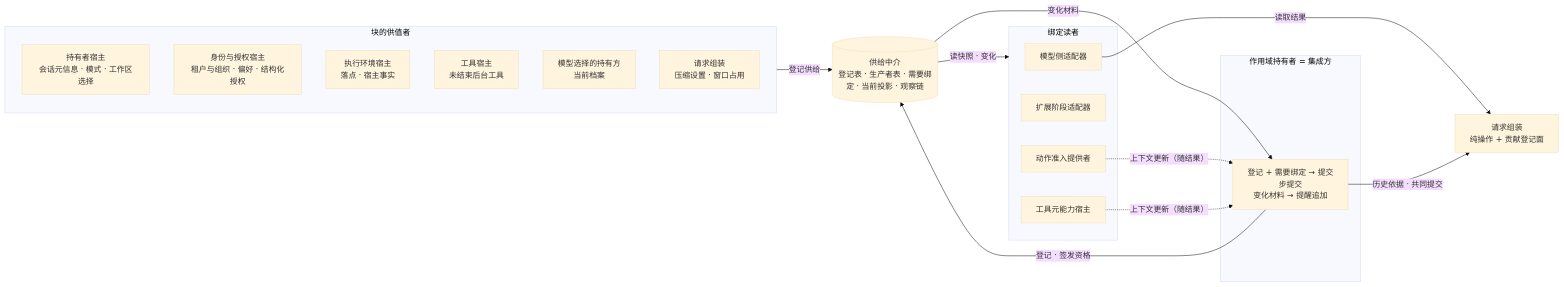
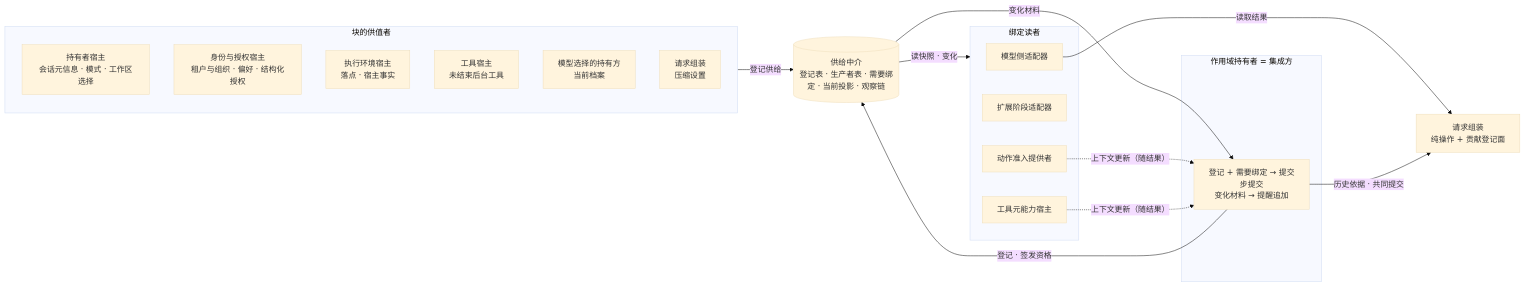
The diagram in docs/domains/runtime-context/architecture.md (nemori-ai/omne-harness-lite), drawn with Mermaid (base theme) before and after one commit. The commit also changed other lines of this file and 22 other files, not shown here.

````diff
--- a/docs/domains/runtime-context/architecture.md
+++ b/docs/domains/runtime-context/architecture.md
@@ -7,30 +7,30 @@
 ```mermaid
 flowchart LR
   subgraph producers[块的供值者]
     SP[持有者宿主<br/>会话元信息 · 模式 · 工作区选择]
     IP[身份与授权宿主<br/>租户与组织 · 偏好 · 结构化授权]
     EP[执行环境宿主<br/>落点 · 宿主事实]
     TP[工具宿主<br/>未结束后台工具]
     MP[模型选择的持有方<br/>当前档案]
-    RP[请求组装<br/>压缩设置 · 窗口占用]
+    RP[请求组装<br/>压缩设置]
   end
   RC[(供给中介<br/>登记表 · 生产者表 · 需要绑定 · 当前投影 · 观察链)]
   subgraph holder[作用域持有者 = 集成方]
     S[登记 + 需要绑定 → 提交<br/>步提交<br/>变化材料 → 提醒追加]
   end
   subgraph readers[绑定读者]
     AM[模型侧适配器]
     AE[扩展阶段适配器]
     AD[动作准入提供者]
     TH[工具元能力宿主]
   end
   RQ[请求组装<br/>纯操作 + 贡献登记面]
   producers -->|登记供给| RC
   S -->|登记 · 签发资格| RC
   RC -->|变化材料| S
   RC -->|读快照 · 变化| readers
   AD -.->|上下文更新（随结果）| S
   TH -.->|上下文更新（随结果）| S
   AM -->|读取结果| RQ
   S -->|历史依据 · 共同提交| RQ
 ```
````
